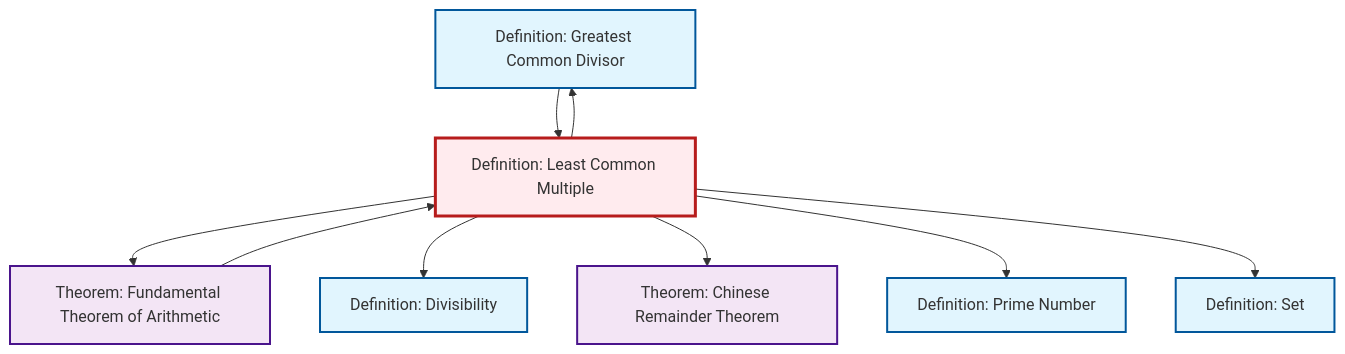
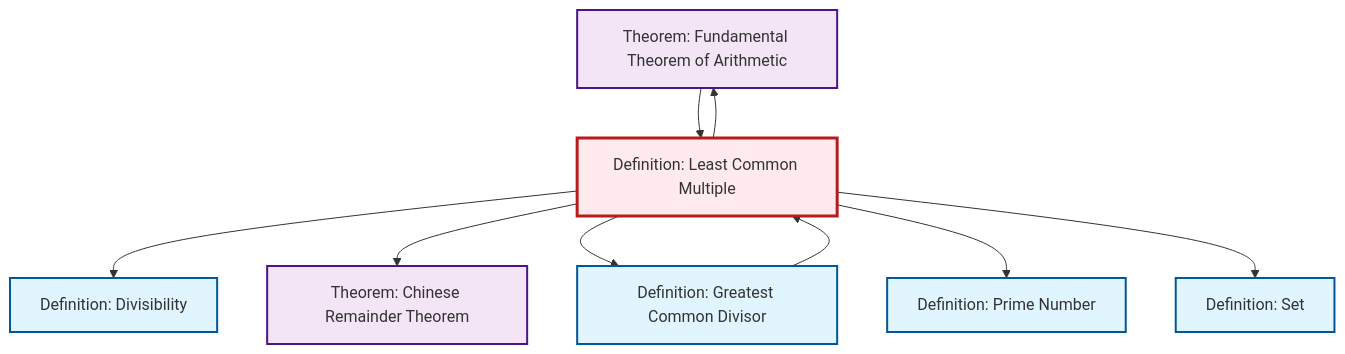
Before and after one commit to RK0429/ModernMath: the diagram in content/en/number-theory/def-lcm.qmd, drawn with Mermaid. The commit also changed other lines of this file and 1069 other files, not shown here.

````diff
--- a/content/en/number-theory/def-lcm.qmd
+++ b/content/en/number-theory/def-lcm.qmd
@@ -83,31 +83,31 @@
 ```{mermaid}
 %%| fig-cap: "Local dependency graph"
 graph TD
     classDef definition fill:#e1f5fe,stroke:#01579b,stroke-width:2px
     classDef theorem fill:#f3e5f5,stroke:#4a148c,stroke-width:2px
     classDef axiom fill:#fff3e0,stroke:#e65100,stroke-width:2px
     classDef example fill:#e8f5e9,stroke:#1b5e20,stroke-width:2px
     classDef current fill:#ffebee,stroke:#b71c1c,stroke-width:3px
+    def-divisibility["Definition: Divisibility"]:::definition
+    def-set["Definition: Set"]:::definition
+    thm-fundamental-arithmetic["Theorem: Fundamental Theorem of Arithmetic"]:::theorem
     thm-chinese-remainder["Theorem: Chinese Remainder Theorem"]:::theorem
-    def-set["Definition: Set"]:::definition
     def-gcd["Definition: Greatest Common Divisor"]:::definition
-    def-divisibility["Definition: Divisibility"]:::definition
-    thm-fundamental-arithmetic["Theorem: Fundamental Theorem of Arithmetic"]:::theorem
     def-lcm["Definition: Least Common Multiple"]:::definition
     def-prime["Definition: Prime Number"]:::definition
-    def-gcd --> def-lcm
-    def-lcm --> thm-fundamental-arithmetic
+    thm-fundamental-arithmetic --> def-lcm
     def-lcm --> def-divisibility
     def-lcm --> thm-chinese-remainder
     def-lcm --> def-gcd
     def-lcm --> def-prime
     def-lcm --> def-set
-    thm-fundamental-arithmetic --> def-lcm
+    def-lcm --> thm-fundamental-arithmetic
+    def-gcd --> def-lcm
     class def-lcm current
+    click def-divisibility "def-divisibility.html" "Go to Divisibility definition"
+    click def-set "def-set.html" "Go to Set definition"
+    click thm-fundamental-arithmetic "thm-fundamental-arithmetic.html" "Go to Fundamental Theorem of Arithmetic theorem"
     click thm-chinese-remainder "thm-chinese-remainder.html" "Go to Chinese Remainder Theorem theorem"
-    click def-set "def-set.html" "Go to Set definition"
     click def-gcd "def-gcd.html" "Go to Greatest Common Divisor definition"
-    click def-divisibility "def-divisibility.html" "Go to Divisibility definition"
-    click thm-fundamental-arithmetic "thm-fundamental-arithmetic.html" "Go to Fundamental Theorem of Arithmetic theorem"
     click def-prime "def-prime.html" "Go to Prime Number definition"
 ```
````
